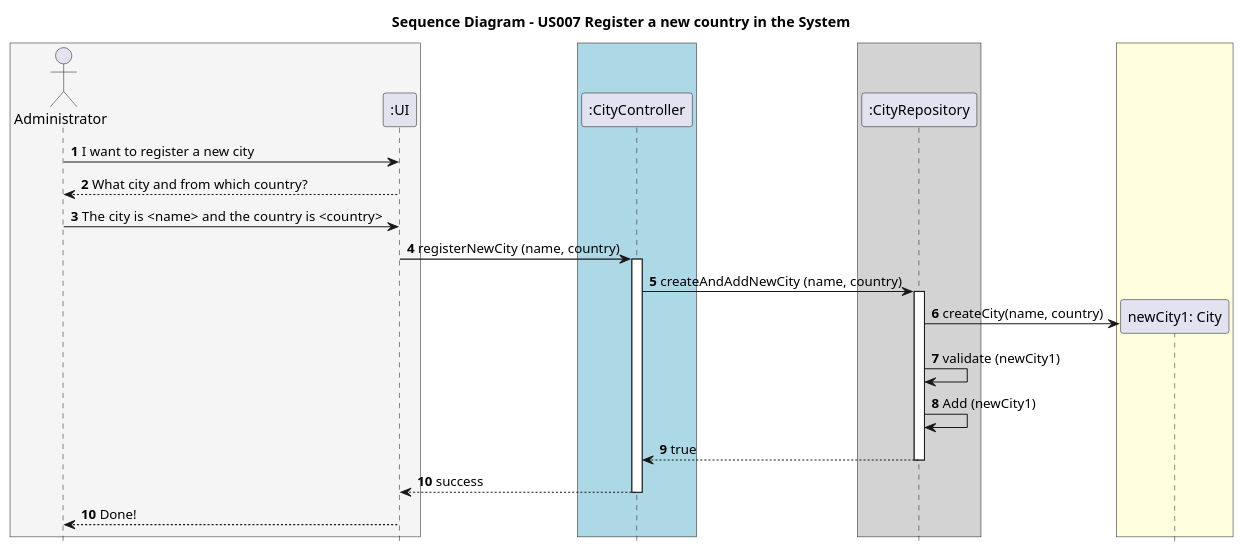
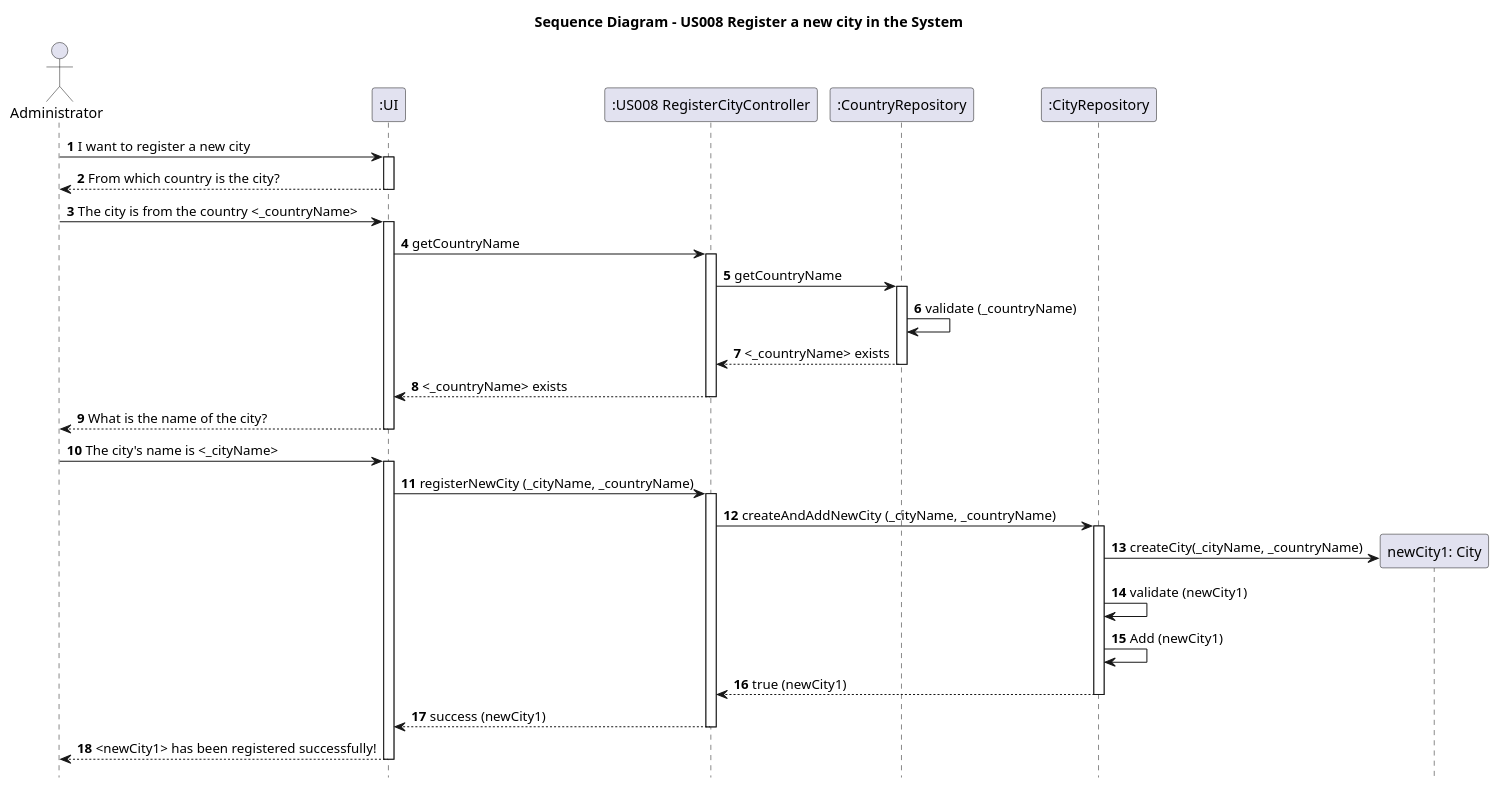
One commit to AndrePereiraGitH/SWitCH-Project-Team_A changed the diagram in Diagrams/SequenceDiagrams/N2/US008-to-register-new-city-in-the-system.puml. Above: the diagram before and after it, drawn with PlantUML. The commit also changed 5 other files, not shown here.

```diff
--- a/Diagrams/SequenceDiagrams/N2/US008-to-register-new-city-in-the-system.puml
+++ b/Diagrams/SequenceDiagrams/N2/US008-to-register-new-city-in-the-system.puml
@@ -1,45 +1,65 @@
 @startuml
 
 footbox off
 
-title Sequence Diagram - US007 Register a new country in the System
+title Sequence Diagram - US008 Register a new city in the System
 
-box #WhiteSmoke
+
 actor Administrator
 participant ":UI" as UI
-end box
 
-box #LightBlue
-participant ":CityController" as CityController
-end box
-box #LightGrey
+
+participant ":US008 RegisterCityController" as CityController
+participant ":CountryRepository" as CountryRepository
 participant ":CityRepository" as AddressRepository
-end box
 
 Administrator -> UI : **1** I want to register a new city
-UI --> Administrator : **2** What city and from which country?
-Administrator -> UI : **3** The city is <name> and the country is  <country>
+activate UI
+UI --> Administrator : **2** From which country is the city?
+deactivate UI
+Administrator -> UI : **3** The city is from the country <_countryName>
+activate UI
 
-UI -> CityController : **4** registerNewCity (name, country)
+
+UI -> CityController : **4** getCountryName
+activate CityController
+CityController -> CountryRepository : **5** getCountryName
+activate CountryRepository
+CountryRepository -> CountryRepository : **6** validate (_countryName)
+
+
+CountryRepository --> CityController : **7** <_countryName> exists
+deactivate CountryRepository
+
+CityController --> UI : **8** <_countryName> exists
+deactivate CityController
+
+UI --> Administrator : **9** What is the name of the city?
+deactivate UI
+
+Administrator -> UI : **10** The city's name is <_cityName>
+activate UI
+UI -> CityController : **11** registerNewCity (_cityName, _countryName)
+
 activate CityController
 
-CityController -> AddressRepository : **5** createAndAddNewCity (name, country)
+CityController -> AddressRepository : **12** createAndAddNewCity (_cityName, _countryName)
 activate AddressRepository
 
-box #LightYellow
+
 create "newCity1: City" as City
-AddressRepository -> City : **6** createCity(name, country)
-end box
+AddressRepository -> City : **13** createCity(_cityName, _countryName)
 
-AddressRepository -> AddressRepository : **7** validate (newCity1)
-AddressRepository -> AddressRepository : **8** Add (newCity1)
 
-AddressRepository --> CityController : **9** true
+AddressRepository -> AddressRepository : **14** validate (newCity1)
+AddressRepository -> AddressRepository : **15** Add (newCity1)
+
+AddressRepository --> CityController : **16** true (newCity1)
 deactivate AddressRepository
 
-CityController --> UI : **10** success
+CityController --> UI : **17** success (newCity1)
 deactivate CityController
 
-UI --> Administrator : **10** Done!
-
+UI --> Administrator : **18** <newCity1> has been registered successfully!
+deactivate UI
 @enduml
```
